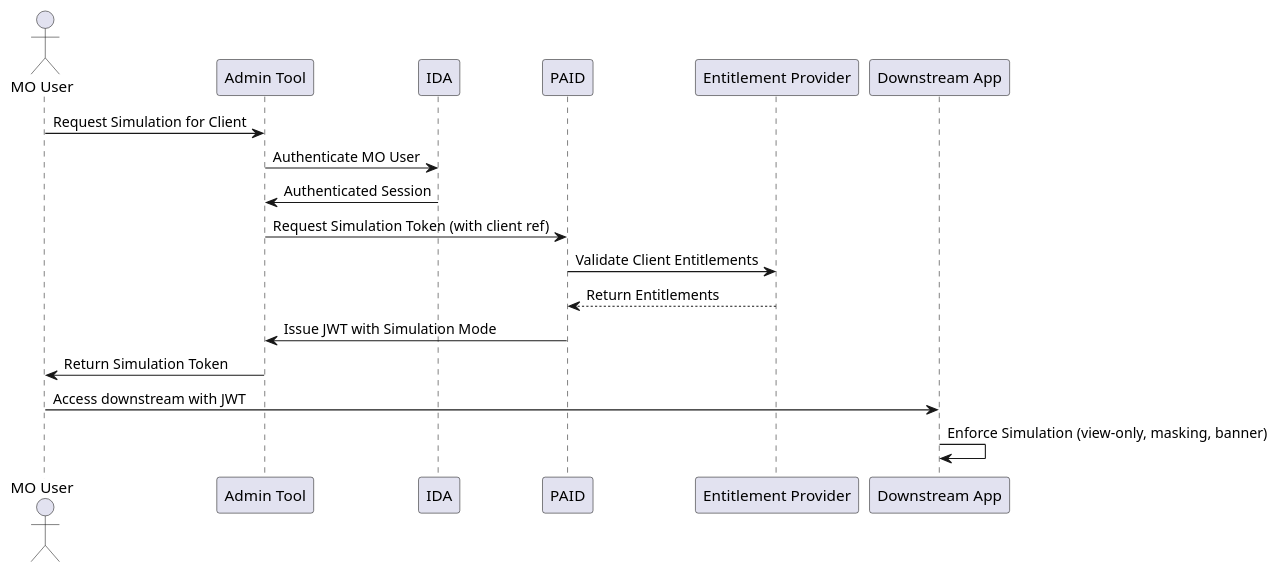
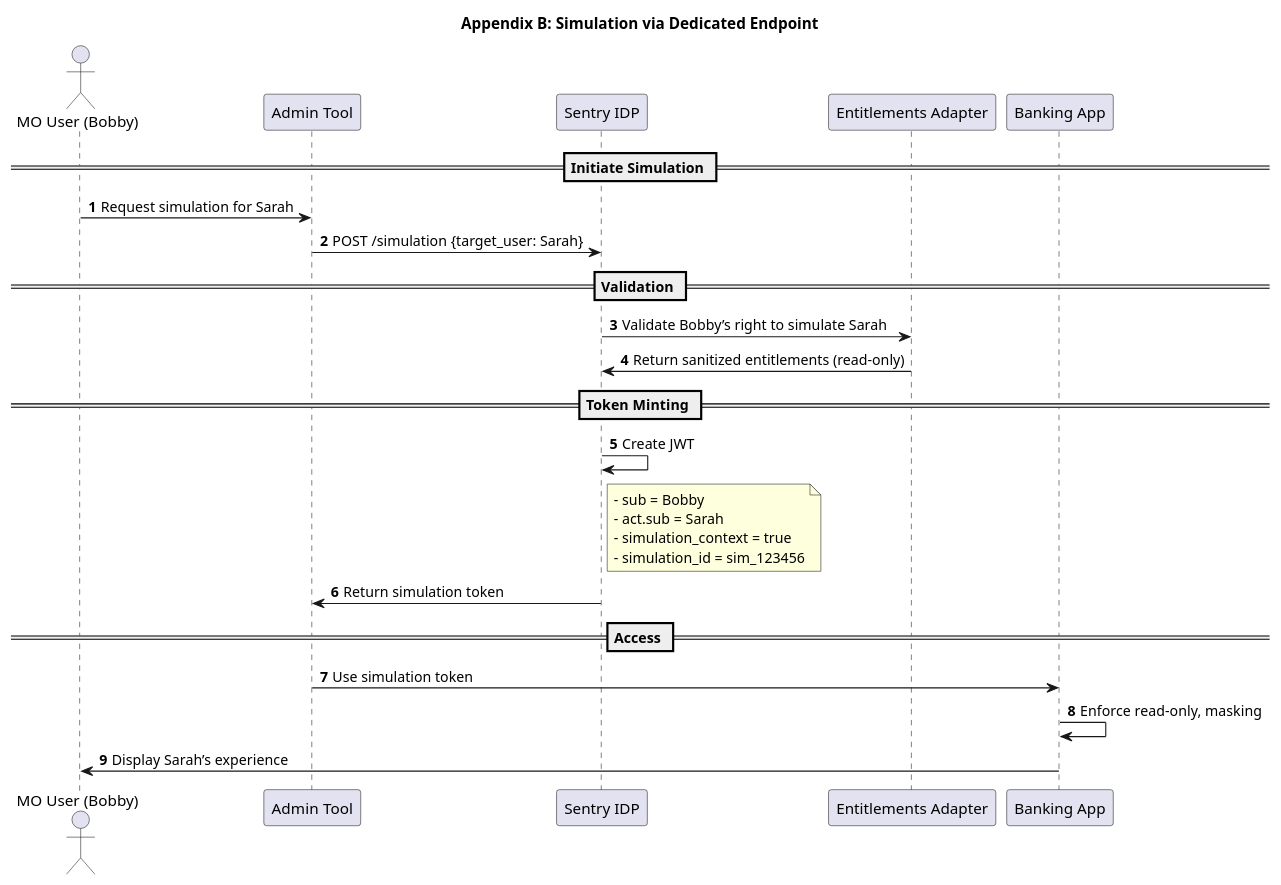
One commit to ahmedHanie93/Personal-projects changed the second of 4 diagrams in Design/designs/sim.md. Above: the diagram before and after it, drawn with PlantUML. The commit also changed other lines of this file, not shown here.

Commit message:
draft sim 1

````diff
--- a/Design/designs/sim.md
+++ b/Design/designs/sim.md
@@ -77,21 +254,35 @@
 ```plantuml
 @startuml
-actor "MO User" as MO
+title Appendix B: Simulation via Dedicated Endpoint
+autonumber
+
+actor "MO User (Bobby)" as User
 participant "Admin Tool" as Admin
-participant "IDA" as IDA
-participant "PAID" as PAID
-participant "Entitlement Provider" as EP
-participant "Downstream App" as DS
+participant "Sentry IDP" as IDP
+participant "Entitlements Adapter" as EA
+participant "Banking App" as BankApp
 
-MO -> Admin : Request Simulation for Client
-Admin -> IDA : Authenticate MO User
-IDA -> Admin : Authenticated Session
-Admin -> PAID : Request Simulation Token (with client ref)
-PAID -> EP : Validate Client Entitlements
-EP --> PAID : Return Entitlements
-PAID -> Admin : Issue JWT with Simulation Mode
-Admin -> MO : Return Simulation Token
-MO -> DS : Access downstream with JWT
-DS -> DS : Enforce Simulation (view-only, masking, banner)
+== Initiate Simulation ==
+User -> Admin: Request simulation for Sarah
+Admin -> IDP: POST /simulation {target_user: Sarah}
+
+== Validation ==
+IDP -> EA: Validate Bobby’s right to simulate Sarah
+EA -> IDP: Return sanitized entitlements (read-only)
+
+== Token Minting ==
+IDP -> IDP: Create JWT
+note right of IDP
+- sub = Bobby
+- act.sub = Sarah
+- simulation_context = true
+- simulation_id = sim_123456
+end note
+IDP -> Admin: Return simulation token
+
+== Access ==
+Admin -> BankApp: Use simulation token
+BankApp -> BankApp: Enforce read-only, masking
+BankApp -> User: Display Sarah’s experience
 @enduml
 ```
````
